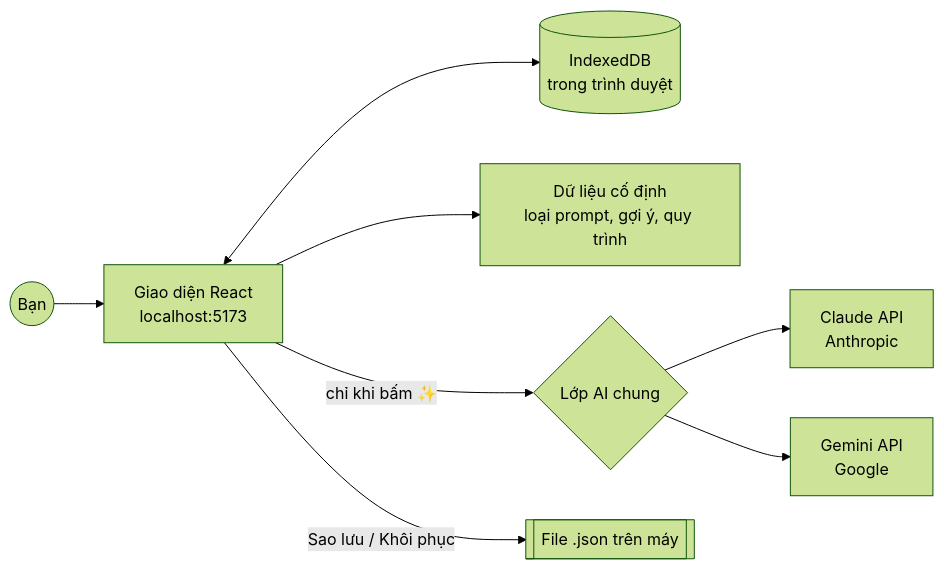
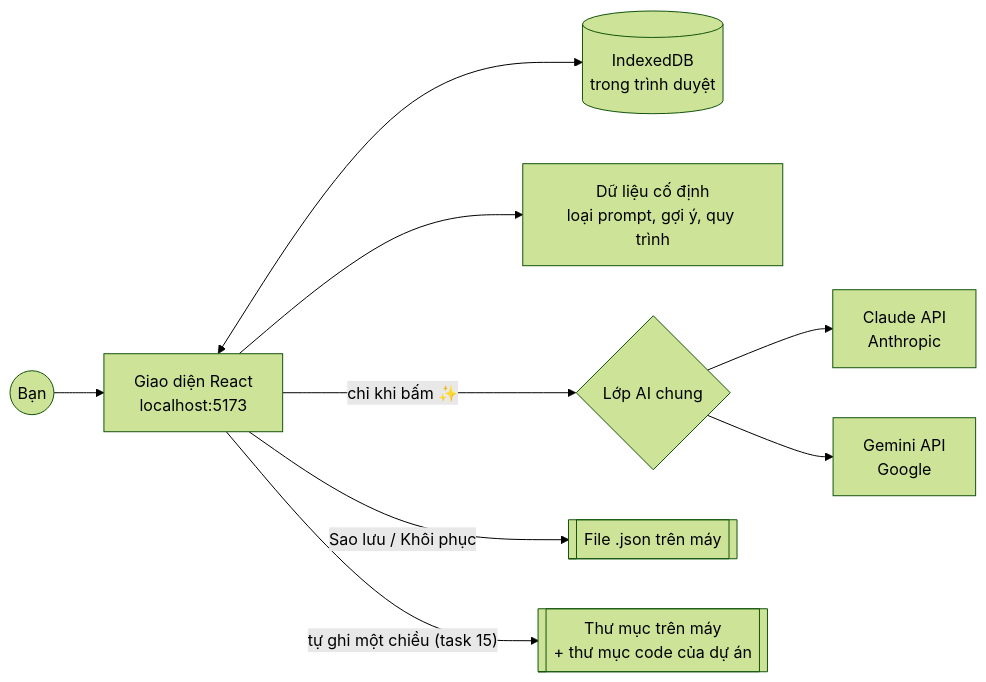
One commit to boyducthuy121195-svg/prompt-studio changed the diagram in ARCHITECTURE.md. Above: the diagram before and after it, drawn with Mermaid (forest theme). The commit also changed other lines of this file and 28 other files, not shown here.

````diff
--- a/ARCHITECTURE.md
+++ b/ARCHITECTURE.md
@@ -15,10 +15,11 @@
 ```mermaid
 flowchart LR
   U((Bạn)) --> UI[Giao diện React<br/>localhost:5173]
   UI <--> DB[(IndexedDB<br/>trong trình duyệt)]
   UI --> FIX[Dữ liệu cố định<br/>loại prompt, gợi ý, quy trình]
   UI -- chỉ khi bấm ✨ --> AI{Lớp AI chung}
   AI --> C[Claude API<br/>Anthropic]
   AI --> G[Gemini API<br/>Google]
   UI -- Sao lưu / Khôi phục --> F[[File .json trên máy]]
+  UI -- tự ghi một chiều (task 15) --> D[[Thư mục trên máy<br/>+ thư mục code của dự án]]
 ```
````
